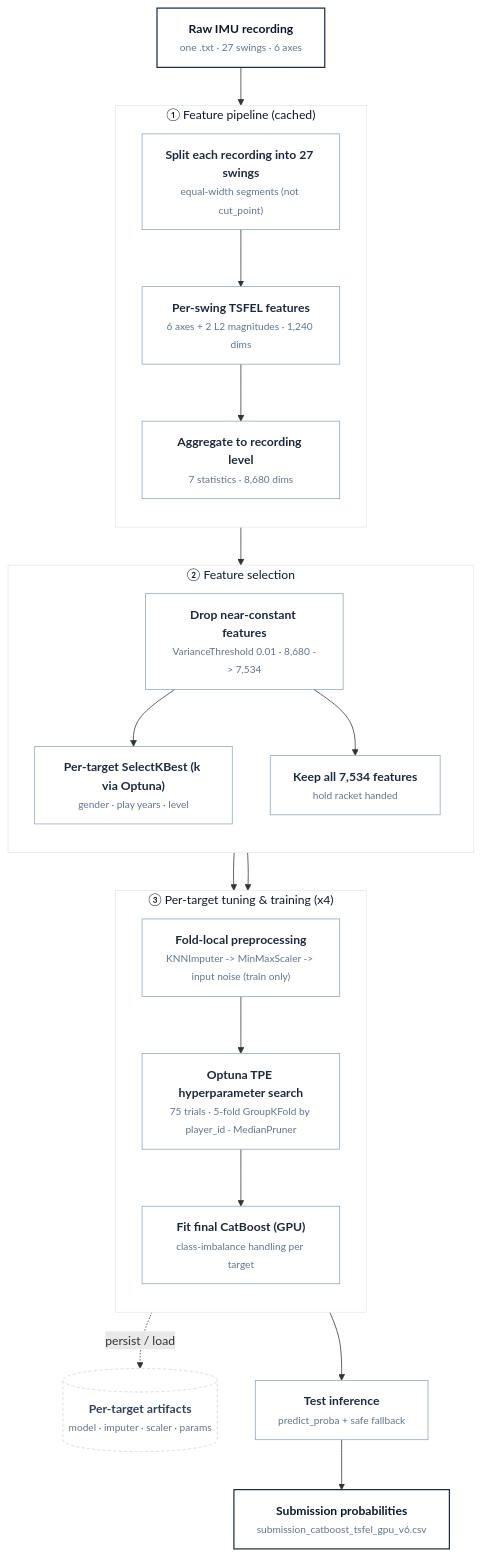
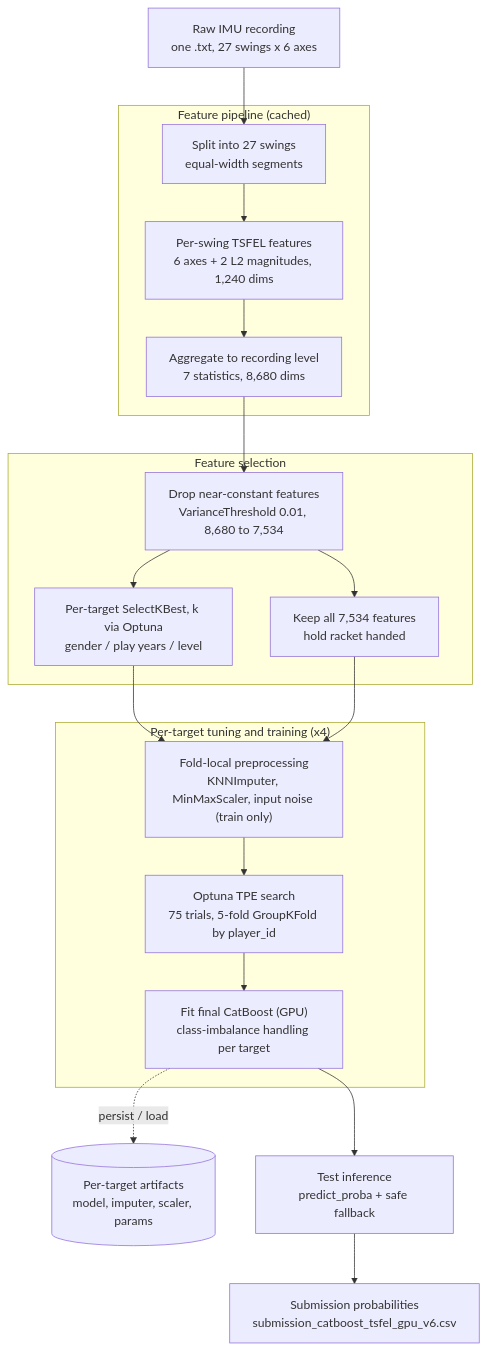
Before and after one commit to Guancheng1206/aicup2025Spring_Tabletennis: the diagram in README.md, drawn with Mermaid.

Commit message:
Refactor logging output in aicup_submission.ipynb to a single block for improved readability and maintainability

````diff
--- a/README.md
+++ b/README.md
@@ -50,44 +50,34 @@
 ```mermaid
 flowchart TD
-    RAW["<b>Raw IMU recording</b><br/><small style='color:#64748b'>one .txt · 27 swings · 6 axes</small>"]:::io
+    RAW["Raw IMU recording<br/>one .txt, 27 swings x 6 axes"]
 
-    subgraph FEAT ["① Feature pipeline (cached)"]
-        direction TB
-        SEG["<b>Split each recording into 27 swings</b><br/><small style='color:#64748b'>equal-width segments (not cut_point)</small>"]:::card
-        TS["<b>Per-swing TSFEL features</b><br/><small style='color:#64748b'>6 axes + 2 L2 magnitudes · 1,240 dims</small>"]:::card
-        AGG["<b>Aggregate to recording level</b><br/><small style='color:#64748b'>7 statistics · 8,680 dims</small>"]:::card
+    subgraph FEAT["Feature pipeline (cached)"]
+        SEG["Split into 27 swings<br/>equal-width segments"]
+        TS["Per-swing TSFEL features<br/>6 axes + 2 L2 magnitudes, 1,240 dims"]
+        AGG["Aggregate to recording level<br/>7 statistics, 8,680 dims"]
         SEG --> TS --> AGG
     end
 
-    subgraph SELF ["② Feature selection"]
-        direction TB
-        VT["<b>Drop near-constant features</b><br/><small style='color:#64748b'>VarianceThreshold 0.01 · 8,680 -> 7,534</small>"]:::card
-        KB["<b>Per-target SelectKBest (k via Optuna)</b><br/><small style='color:#64748b'>gender · play years · level</small>"]:::card
-        KEEP["<b>Keep all 7,534 features</b><br/><small style='color:#64748b'>hold racket handed</small>"]:::card
+    subgraph SELF["Feature selection"]
+        VT["Drop near-constant features<br/>VarianceThreshold 0.01, 8,680 to 7,534"]
+        KB["Per-target SelectKBest, k via Optuna<br/>gender / play years / level"]
+        KEEP["Keep all 7,534 features<br/>hold racket handed"]
         VT --> KB
         VT --> KEEP
     end
 
-    subgraph TRAIN ["③ Per-target tuning & training (x4)"]
-        direction TB
-        PRE["<b>Fold-local preprocessing</b><br/><small style='color:#64748b'>KNNImputer -> MinMaxScaler -> input noise (train only)</small>"]:::card
-        OPT["<b>Optuna TPE hyperparameter search</b><br/><small style='color:#64748b'>75 trials · 5-fold GroupKFold by player_id · MedianPruner</small>"]:::card
-        FIT["<b>Fit final CatBoost (GPU)</b><br/><small style='color:#64748b'>class-imbalance handling per target</small>"]:::card
+    subgraph TRAIN["Per-target tuning and training (x4)"]
+        PRE["Fold-local preprocessing<br/>KNNImputer, MinMaxScaler, input noise (train only)"]
+        OPT["Optuna TPE search<br/>75 trials, 5-fold GroupKFold by player_id"]
+        FIT["Fit final CatBoost (GPU)<br/>class-imbalance handling per target"]
         PRE --> OPT --> FIT
     end
 
     RAW --> SEG
     AGG --> VT
     KB --> PRE
     KEEP --> PRE
-    FIT -. "persist / load" .-> ART[("<b>Per-target artifacts</b><br/><small style='color:#64748b'>model · imputer · scaler · params</small>")]:::art
-    FIT --> INF["<b>Test inference</b><br/><small style='color:#64748b'>predict_proba + safe fallback</small>"]:::card
-    INF --> SUB["<b>Submission probabilities</b><br/><small style='color:#64748b'>submission_catboost_tsfel_gpu_v6.csv</small>"]:::io
-
-    classDef card fill:#ffffff,stroke:#94a3b8,color:#1e293b,stroke-width:1px;
-    classDef io fill:#ffffff,stroke:#1e293b,color:#0f172a,stroke-width:1.6px;
-    classDef art fill:#ffffff,stroke:#cbd5e1,color:#334155,stroke-width:1px,stroke-dasharray:4 3;
-    style FEAT fill:#ffffff,stroke:#e2e8f0,color:#0f172a
-    style SELF fill:#ffffff,stroke:#e2e8f0,color:#0f172a
-    style TRAIN fill:#ffffff,stroke:#e2e8f0,color:#0f172a
+    FIT -. persist / load .-> ART[("Per-target artifacts<br/>model, imputer, scaler, params")]
+    FIT --> INF["Test inference<br/>predict_proba + safe fallback"]
+    INF --> SUB["Submission probabilities<br/>submission_catboost_tsfel_gpu_v6.csv"]
 ```
````
